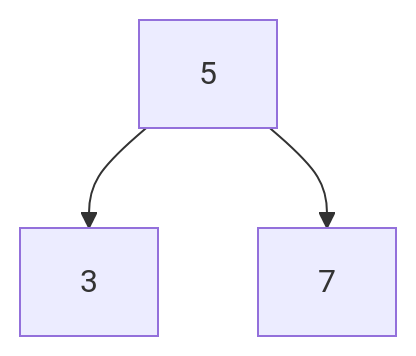
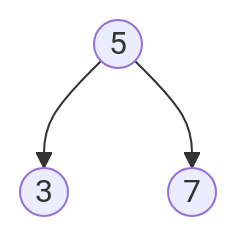
The first of 2 diagrams in arbolesHaskell_6/README.md (1rv1nn/lab-discretas), drawn with Mermaid before and after one commit. The commit also changed other lines of this file, not shown here.

First line of the commit message:
Docs: Change tree diagram layout to top-bottom

````diff
--- a/arbolesHaskell_6/README.md
+++ b/arbolesHaskell_6/README.md
@@ -28,5 +28,5 @@
 ``` mermaid
-	graph TD
-    5 --> 3
-	5 --> 7
+	graph TB
+    A((5))-->B((3))
+    A-->C((7))
 ```	
````
